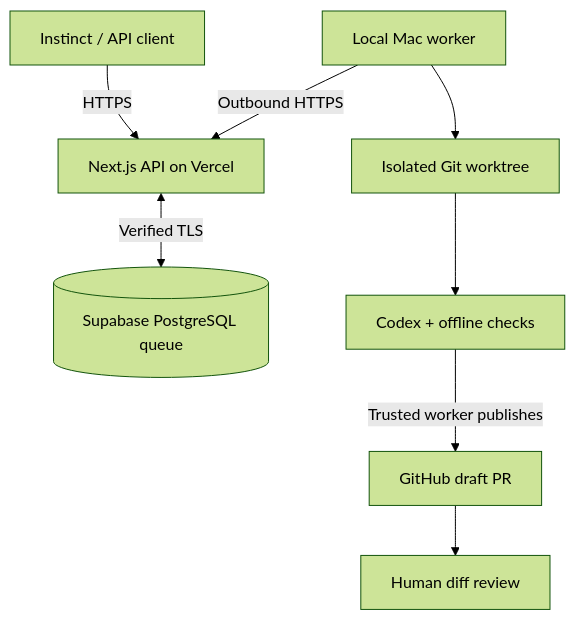
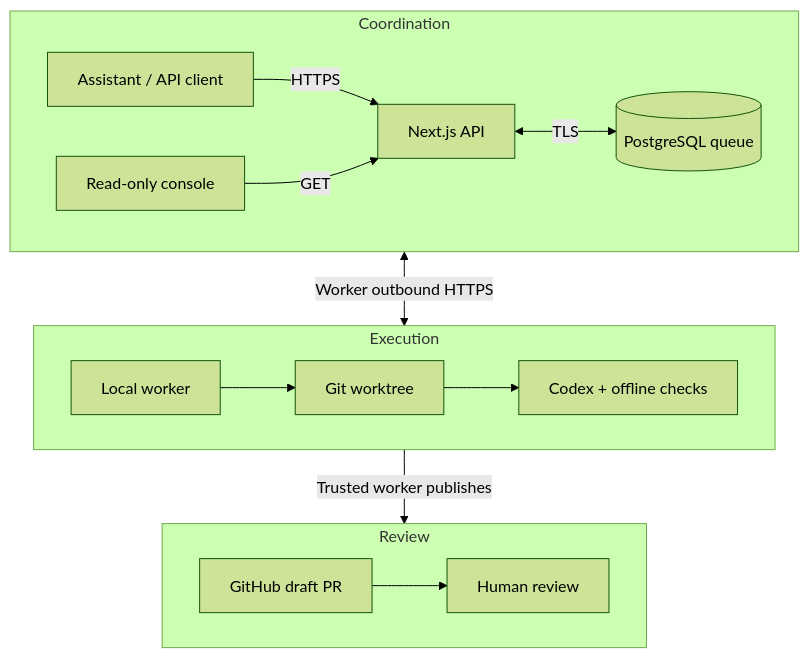
The diagram in README.md (Brettberry07/conduit-poc), drawn with Mermaid (forest theme) before and after one commit. The commit also changed other lines of this file and 1 other file, not shown here.

First line of the commit message:
Rewrite README for the redesigned console

````diff
--- a/README.md
+++ b/README.md
@@ -41,10 +49,20 @@
 ```mermaid
-flowchart TD
-    A[Instinct / API client] -->|HTTPS| B[Next.js API on Vercel]
-    B <-->|Verified TLS| C[(Supabase PostgreSQL queue)]
-    D[Local Mac worker] -->|Outbound HTTPS| B
-    D --> E[Isolated Git worktree]
-    E --> F[Codex + offline checks]
-    F -->|Trusted worker publishes| G[GitHub draft PR]
-    G --> H[Human diff review]
+flowchart TB
+    subgraph Coordination
+        direction LR
+        A[Assistant / API client] -->|HTTPS| B[Next.js API]
+        V[Read-only console] -->|GET| B
+        B <-->|TLS| C[(PostgreSQL queue)]
+    end
+    subgraph Execution
+        direction LR
+        D[Local worker] --> E[Git worktree]
+        E --> F[Codex + offline checks]
+    end
+    subgraph Review
+        direction LR
+        G[GitHub draft PR] --> H[Human review]
+    end
+    Coordination <-->|Worker outbound HTTPS| Execution
+    Execution -->|Trusted worker publishes| Review
 ```
````
